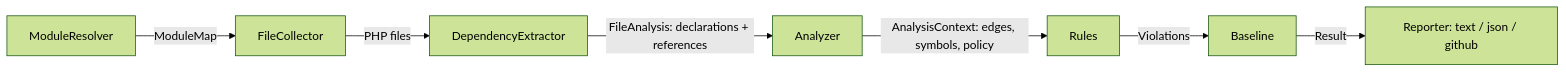
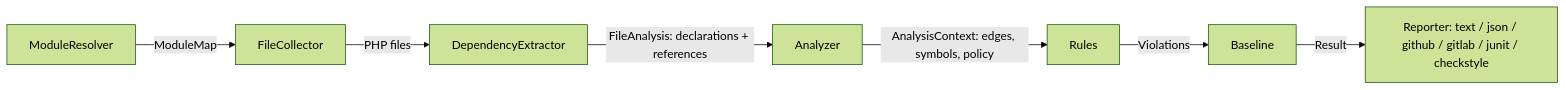
The diagram in docs/architecture.md (ChrisAbner/Cordon-Modulith), drawn with Mermaid (forest theme) before and after one commit. The commit also changed other lines of this file and 9 other files, not shown here.

````diff
--- a/docs/architecture.md
+++ b/docs/architecture.md
@@ -12,9 +12,9 @@
 ```mermaid
 flowchart LR
     R[ModuleResolver] -->|ModuleMap| C[FileCollector]
     C -->|PHP files| E[DependencyExtractor]
     E -->|FileAnalysis: declarations + references| A[Analyzer]
     A -->|AnalysisContext: edges, symbols, policy| Ru[Rules]
     Ru -->|Violations| B[Baseline]
-    B -->|Result| Rep[Reporter: text / json / github]
+    B -->|Result| Rep[Reporter: text / json / github / gitlab / junit / checkstyle]
 ```
````
